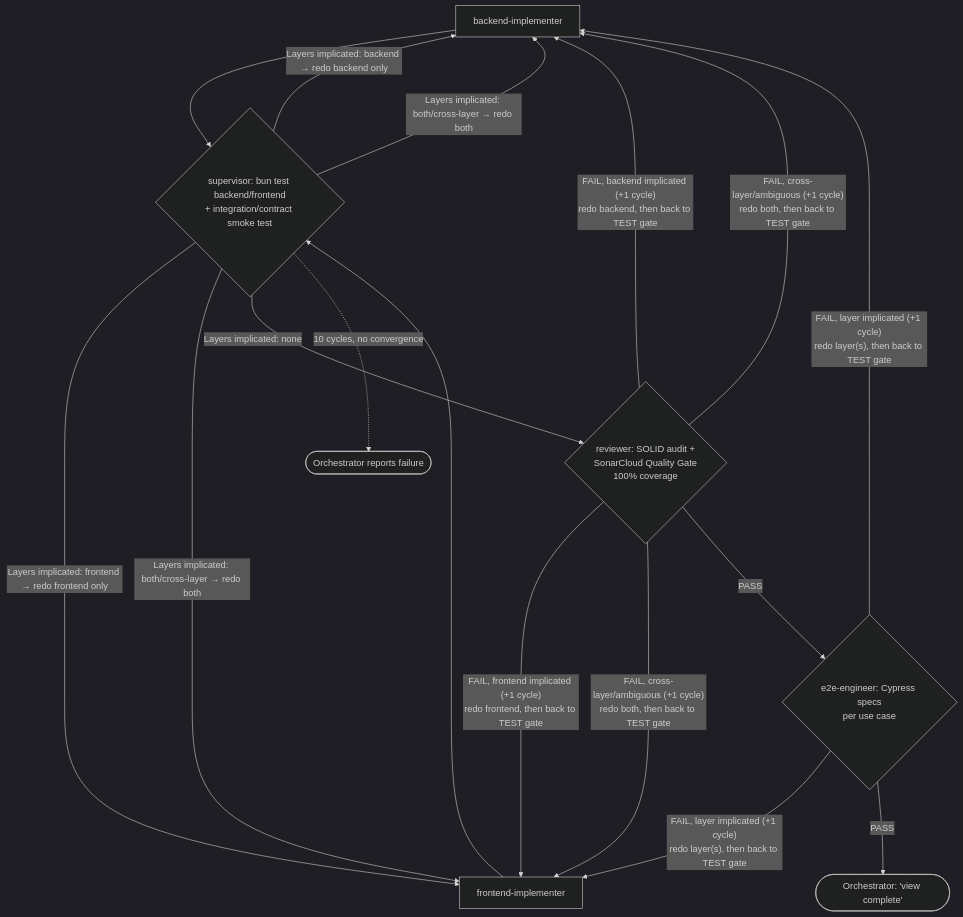
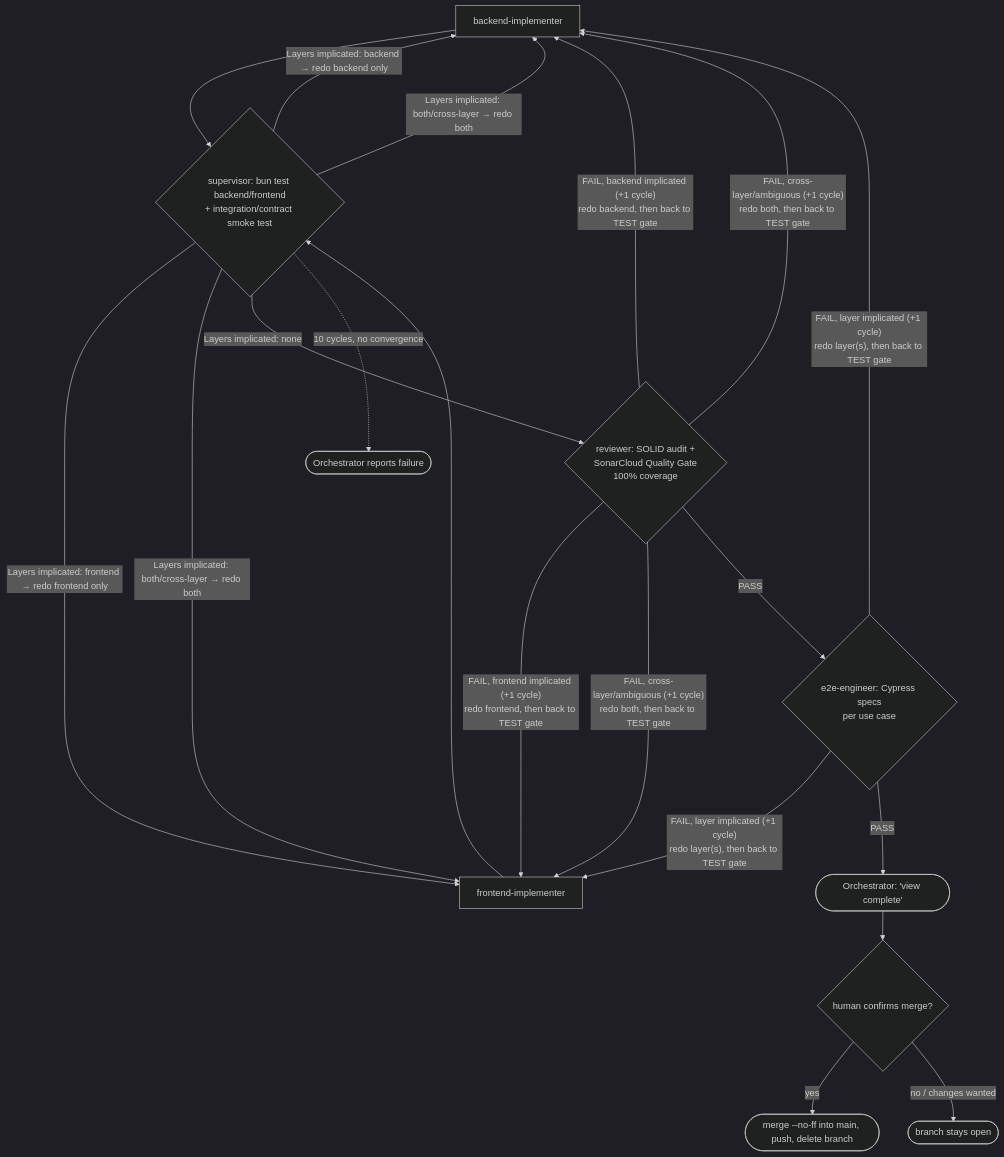
Before and after one commit to dbetancorfp/PYTO_BASE_PARA_GENERAR_PROYECTOS: the second of 2 diagrams in CLAUDE.md, drawn with Mermaid (dark theme). The commit also changed other lines of this file and 4 other files, not shown here.

````diff
--- a/CLAUDE.md
+++ b/CLAUDE.md
@@ -122,26 +137,30 @@
 ```mermaid
 flowchart TD
     BI["backend-implementer"] --> Sup
     FI["frontend-implementer"] --> Sup
 
     Sup{"supervisor: bun test backend/frontend<br/>+ integration/contract smoke test"}
     Sup -- "Layers implicated: backend → redo backend only" --> BI
     Sup -- "Layers implicated: frontend → redo frontend only" --> FI
     Sup -- "Layers implicated: both/cross-layer → redo both" --> BI
     Sup -- "Layers implicated: both/cross-layer → redo both" --> FI
     Sup -- "Layers implicated: none" --> Rev
 
     Rev{"reviewer: SOLID audit +<br/>SonarCloud Quality Gate<br/>100% coverage"}
     Rev -- "FAIL, backend implicated (+1 cycle)<br/>redo backend, then back to TEST gate" --> BI
     Rev -- "FAIL, frontend implicated (+1 cycle)<br/>redo frontend, then back to TEST gate" --> FI
     Rev -- "FAIL, cross-layer/ambiguous (+1 cycle)<br/>redo both, then back to TEST gate" --> BI
     Rev -- "FAIL, cross-layer/ambiguous (+1 cycle)<br/>redo both, then back to TEST gate" --> FI
     Rev -- PASS --> E2E
 
     E2E{"e2e-engineer: Cypress specs<br/>per use case"}
     E2E -- "FAIL, layer implicated (+1 cycle)<br/>redo layer(s), then back to TEST gate" --> BI
     E2E -- "FAIL, layer implicated (+1 cycle)<br/>redo layer(s), then back to TEST gate" --> FI
     E2E -- PASS --> Done(["Orchestrator: 'view complete'"])
 
     Sup -. "10 cycles, no convergence" .-> Fail(["Orchestrator reports failure"])
+
+    Done --> MergeGate{"human confirms merge?"}
+    MergeGate -- "yes" --> Merged(["merge --no-ff into main, push, delete branch"])
+    MergeGate -- "no / changes wanted" --> Open(["branch stays open"])
 ```
````
